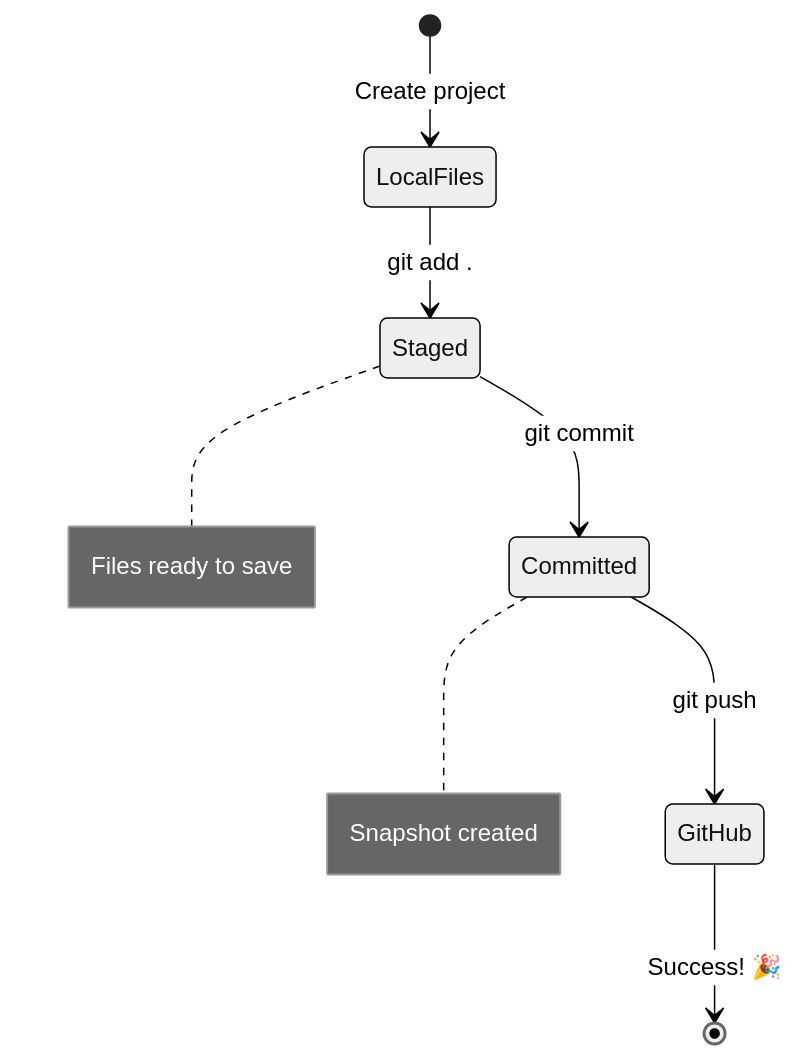
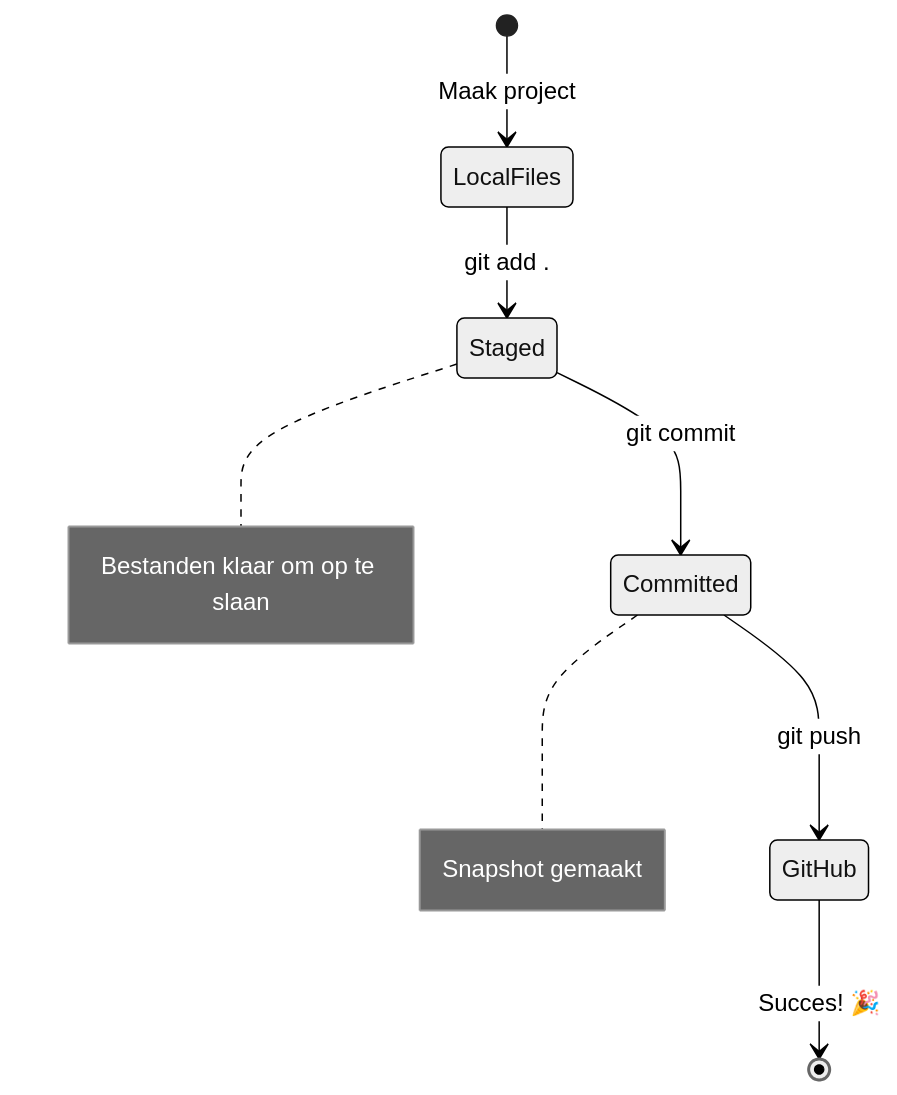
The third of 7 diagrams in translations/nl/1-getting-started-lessons/2-github-basics/README.md (microsoft/Web-Dev-For-Beginners), drawn with Mermaid (neutral theme) before and after one commit. The commit also changed other lines of this file and 17 other files, not shown here.

````diff
--- a/translations/nl/1-getting-started-lessons/2-github-basics/README.md
+++ b/translations/nl/1-getting-started-lessons/2-github-basics/README.md
@@ -340,16 +338,16 @@
 ```mermaid
 stateDiagram-v2
-    [*] --> LocalFiles: Create project
+    [*] --> LocalFiles: Maak project
     LocalFiles --> Staged: git add .
     Staged --> Committed: git commit
     Committed --> GitHub: git push
-    GitHub --> [*]: Success! 🎉
+    GitHub --> [*]: Succes! 🎉
     
     note right of Staged
-        Files ready to save
+        Bestanden klaar om op te slaan
     end note
     
     note right of Committed
-        Snapshot created
+        Snapshot gemaakt
     end note
 ```
````
